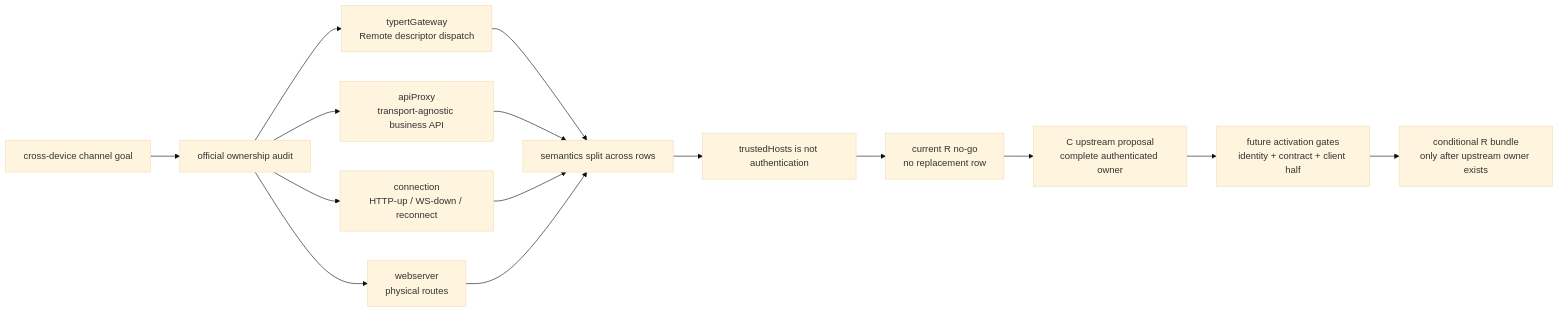
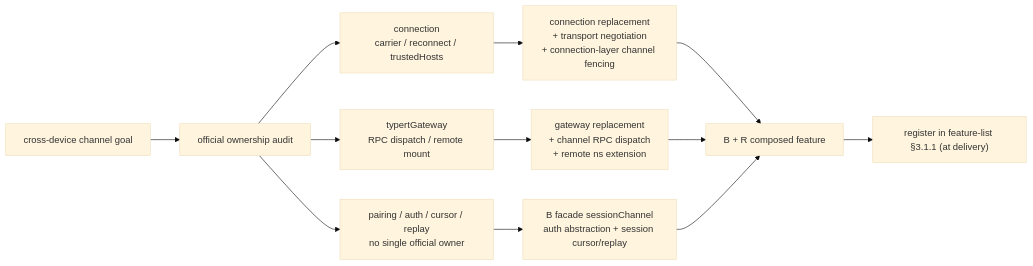
One commit to OoWJZZoO/dsh-plugin-api changed the diagram in docs/specs/remote-session-channel/design.md. Above: the diagram before and after it, drawn with Mermaid (base theme). The commit also changed other lines of this file and 2 other files, not shown here.

Commit message:
docs(spec): SPEC2 review and revision of remote-session-channel B+R hybrid (Stage 0-2, awaiting confirmation)

````diff
--- a/docs/specs/remote-session-channel/design.md
+++ b/docs/specs/remote-session-channel/design.md
@@ -25,17 +25,14 @@
 ```mermaid
 flowchart LR
   goal["cross-device channel goal"] --> audit["official ownership audit"]
-  audit --> gateway["typertGateway\nRemote descriptor dispatch"]
-  audit --> proxy["apiProxy\ntransport-agnostic business API"]
-  audit --> carrier["connection\nHTTP-up / WS-down / reconnect"]
-  audit --> server["webserver\nphysical routes"]
-  gateway --> split["semantics split across rows"]
-  proxy --> split
-  carrier --> split
-  server --> split
-  split --> trust["trustedHosts is not authentication"]
-  trust --> nogo["current R no-go\nno replacement row"]
-  nogo --> proposal["C upstream proposal\ncomplete authenticated owner"]
-  proposal --> gate["future activation gates\nidentity + contract + client half"]
-  gate --> future["conditional R bundle\nonly after upstream owner exists"]
+  audit --> carrier["connection\ncarrier / reconnect / trustedHosts"]
+  audit --> rpc["typertGateway\nRPC dispatch / remote mount"]
+  audit --> missing["pairing / auth / cursor / replay\nno single official owner"]
+  carrier --> conR["connection replacement\n+ transport negotiation\n+ connection-layer channel fencing"]
+  rpc --> gwR["gateway replacement\n+ channel RPC dispatch\n+ remote ns extension"]
+  missing --> facade["B facade sessionChannel\nauth abstraction + session cursor/replay"]
+  conR --> compose["B + R composed feature"]
+  gwR --> compose
+  facade --> compose
+  compose --> reg["register in feature-list §3.1.1 (at delivery)"]
 ```
````
